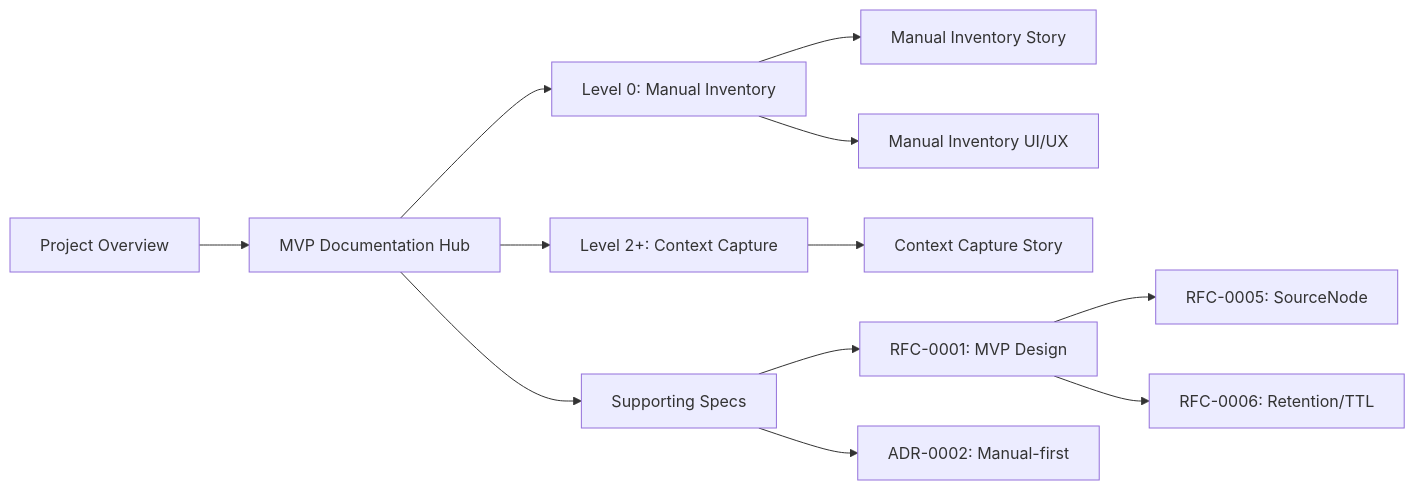
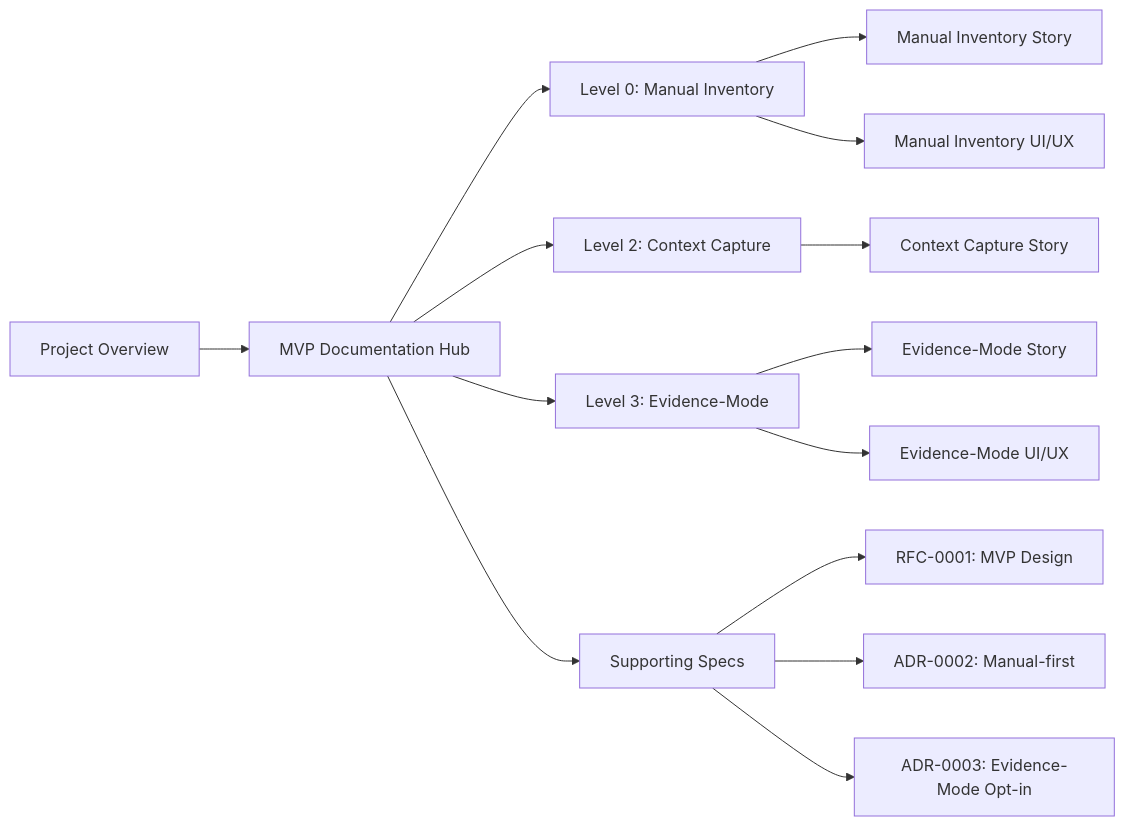
Before and after one commit to asukhodko/timeskein: the eighth of 8 diagrams in .qoder/repowiki/en/content/MVP Documentation.md, drawn with Mermaid. The commit also changed other lines of this file and 6 other files, not shown here.

First line of the commit message:
docs(adr): add ADR-0003 Evidence-Mode Opt-in architecture decision

````diff
--- a/.qoder/repowiki/en/content/MVP Documentation.md
+++ b/.qoder/repowiki/en/content/MVP Documentation.md
@@ -349,14 +488,16 @@
 ```mermaid
 graph LR
 A["Project Overview"] --> B["MVP Documentation Hub"]
 B --> C["Level 0: Manual Inventory"]
 C --> D["Manual Inventory Story"]
 C --> E["Manual Inventory UI/UX"]
-B --> F["Level 2+: Context Capture"]
+B --> F["Level 2: Context Capture"]
 F --> G["Context Capture Story"]
-B --> H["Supporting Specs"]
-H --> I["RFC-0001: MVP Design"]
-H --> J["ADR-0002: Manual-first"]
-I --> K["RFC-0005: SourceNode"]
-I --> L["RFC-0006: Retention/TTL"]
+B --> H["Level 3: Evidence-Mode"]
+H --> I["Evidence-Mode Story"]
+H --> J["Evidence-Mode UI/UX"]
+B --> K["Supporting Specs"]
+K --> L["RFC-0001: MVP Design"]
+K --> M["ADR-0002: Manual-first"]
+K --> N["ADR-0003: Evidence-Mode Opt-in"]
 ```
````
